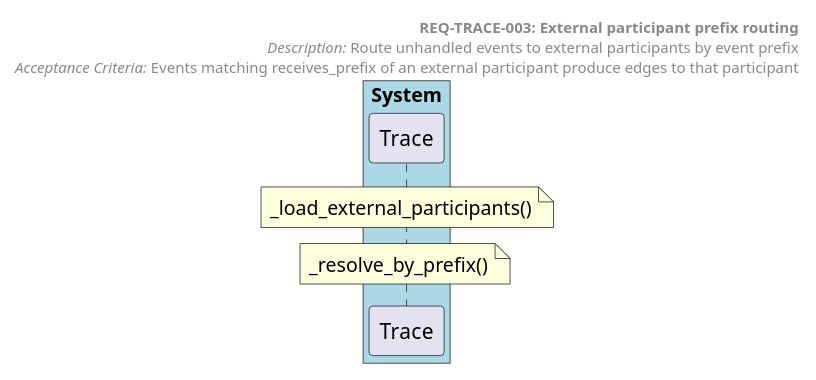
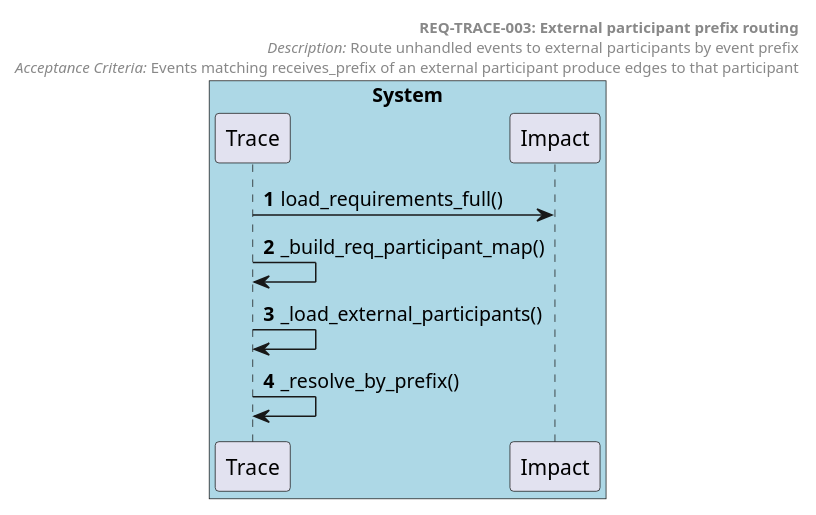
Before and after one commit to tvanfossen/doxygen-guard: the diagram in docs/generated/sequences/REQ-TRACE-003.puml, drawn with PlantUML. The commit also changed 21 other files, not shown here.

First line of the commit message:
Resolve adversarial findings: security, observability, diagram quality, README

```diff
--- a/docs/generated/sequences/REQ-TRACE-003.puml
+++ b/docs/generated/sequences/REQ-TRACE-003.puml
@@ -1,17 +1,21 @@
 @startuml REQ-TRACE-003 External participant prefix routing
 autonumber
 
 box "System" #LightBlue
   participant "Trace" as Trace
+  participant "Impact" as Impact
 end box
 
 header
   **REQ-TRACE-003: External participant prefix routing**
   //Description:// Route unhandled events to external participants by event prefix
   //Acceptance Criteria:// Events matching receives_prefix of an external participant produce edges to that participant
 end header
 
-note over Trace: _load_external_participants()
-note over Trace: _resolve_by_prefix()
+
+Trace -> Impact: load_requirements_full()
+Trace -> Trace: _build_req_participant_map()
+Trace -> Trace: _load_external_participants()
+Trace -> Trace: _resolve_by_prefix()
 
 @enduml
```
